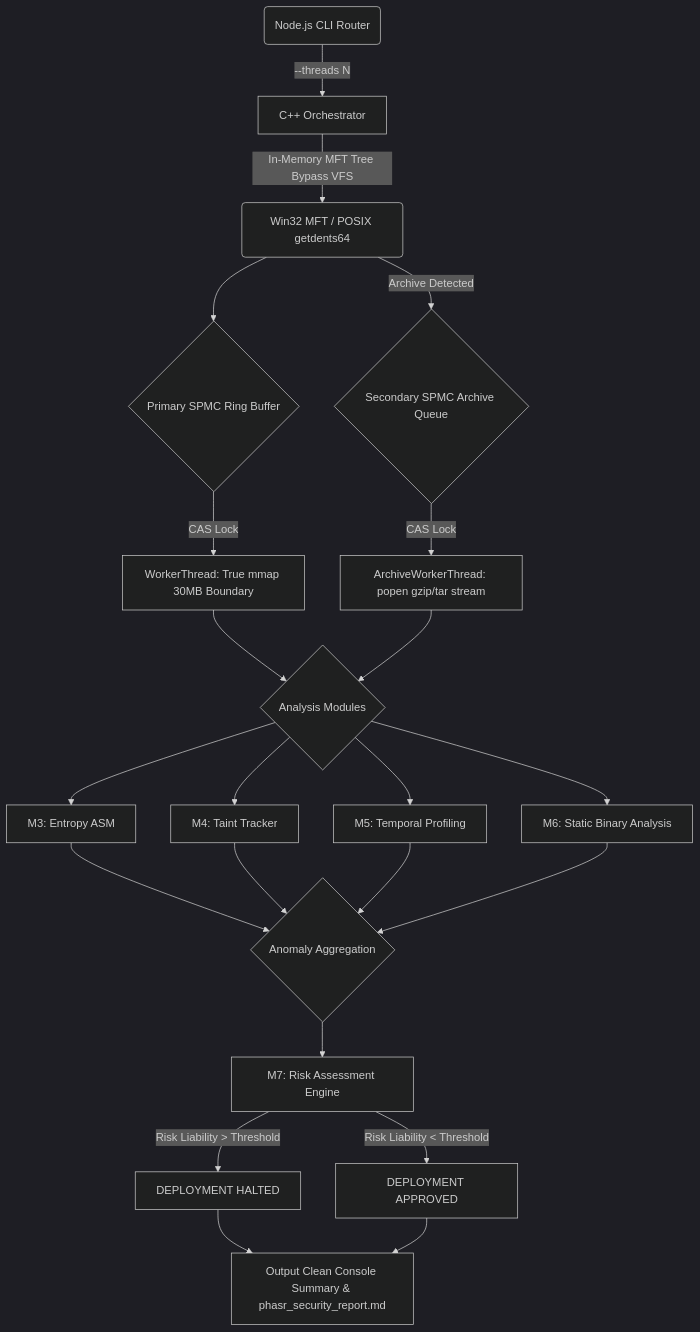
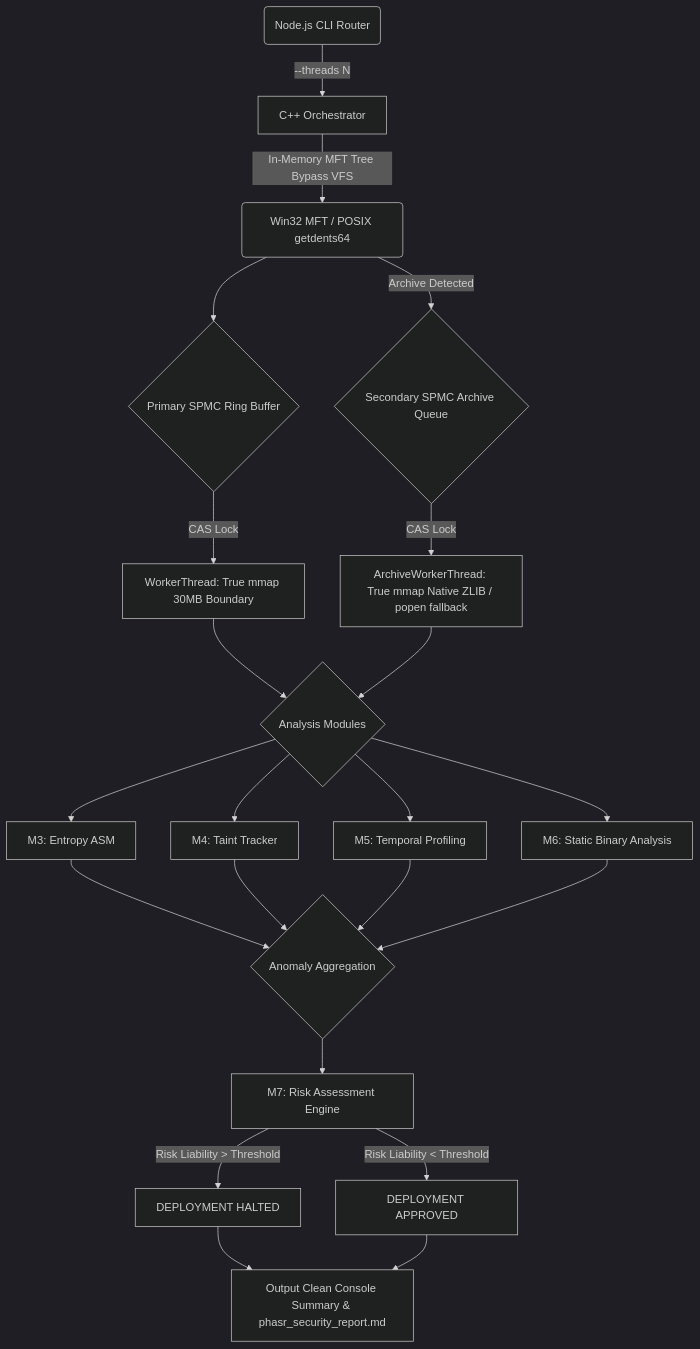
One commit to Zeo120/ZTL-Tech changed the diagram in docs/ARCHITECTURE.md. Above: the diagram before and after it, drawn with Mermaid (dark theme). The commit also changed other lines of this file and 1 other file, not shown here.

Commit message:
docs: Update architecture constraints to reflect False Sharing and Archive thread fixes

````diff
--- a/docs/ARCHITECTURE.md
+++ b/docs/ARCHITECTURE.md
@@ -36,29 +36,29 @@
 ```mermaid
 graph TD
     CLI(Node.js CLI Router) -->|--threads N| A
     A[C++ Orchestrator] -->|In-Memory MFT Tree Bypass VFS| B(Win32 MFT / POSIX getdents64)
     B --> C{Primary SPMC Ring Buffer}
     C -->|CAS Lock| D[WorkerThread: True mmap 30MB Boundary]
     
     B -->|Archive Detected| C2{Secondary SPMC Archive Queue}
-    C2 -->|CAS Lock| D2[ArchiveWorkerThread: popen gzip/tar stream]
+    C2 -->|CAS Lock| D2[ArchiveWorkerThread: True mmap Native ZLIB / popen fallback]
     
     D --> E{Analysis Modules}
     D2 --> E
     
     E --> F[M3: Entropy ASM]
     E --> G[M4: Taint Tracker]
     E --> H[M5: Temporal Profiling]
     E --> I[M6: Static Binary Analysis]
     
     F --> J{Anomaly Aggregation}
     G --> J
     H --> J
     I --> J
     
     J --> K[M7: Risk Assessment Engine]
     K -->|Risk Liability > Threshold| L[DEPLOYMENT HALTED]
     K -->|Risk Liability < Threshold| M[DEPLOYMENT APPROVED]
     L --> N[Output Clean Console Summary & phasr_security_report.md]
     M --> N
 ```
````
